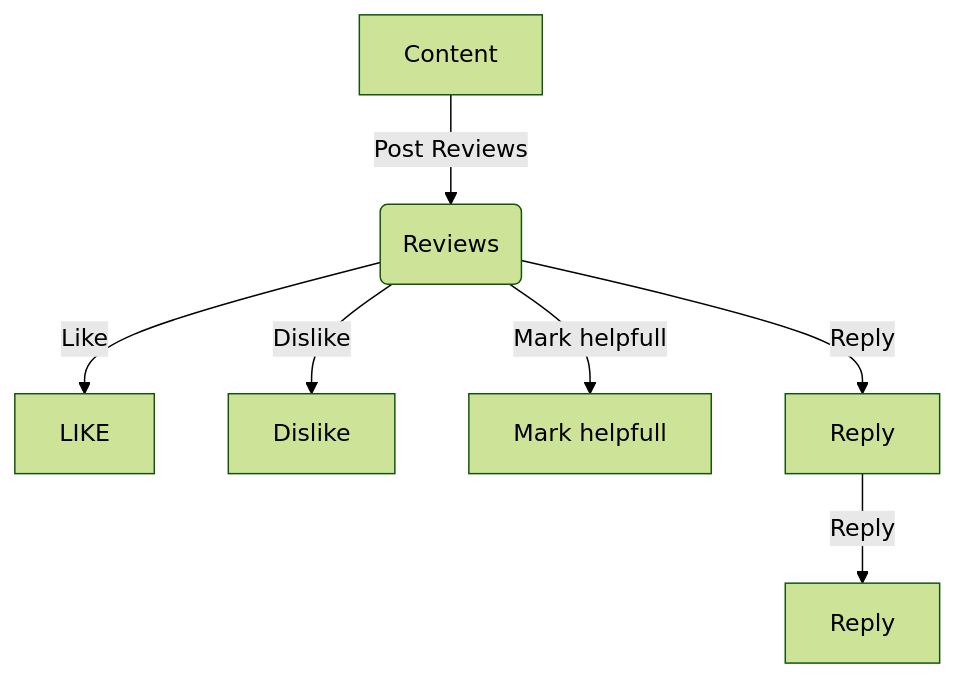
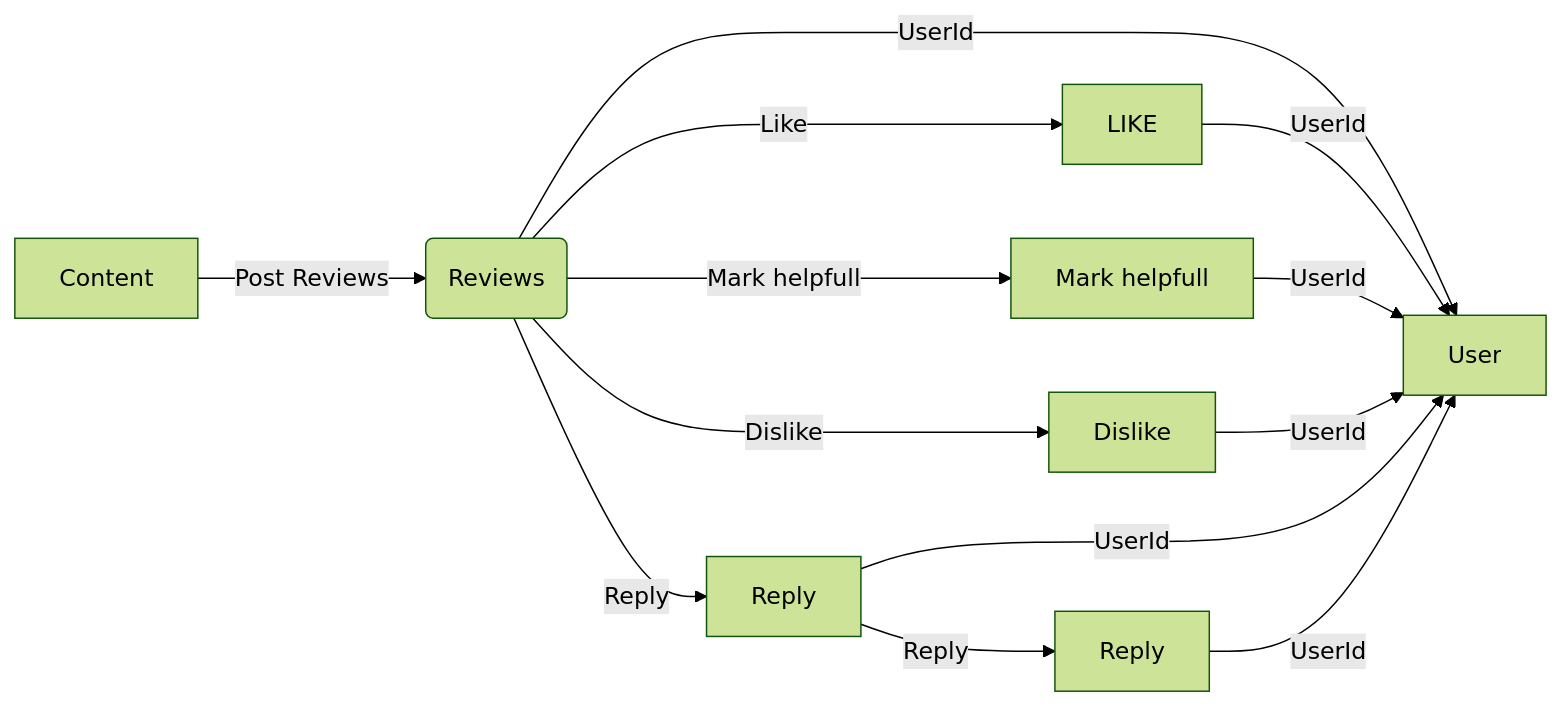
One commit to ravi-dhyani8881/Data-api changed the first of 3 diagrams in UseCase.md. Above: the diagram before and after it, drawn with Mermaid (forest theme). The commit also changed other lines of this file and 1 other file, not shown here.

````diff
--- a/UseCase.md
+++ b/UseCase.md
@@ -5,10 +5,16 @@
 ```mermaid
-flowchart TD
+flowchart LR
     A[Content] -->|Post Reviews| B(Reviews)
-    
     B-->|Like| D[LIKE]
     B -->|Dislike| E[Dislike]
     B -->|Mark helpfull| F[Mark helpfull]
     B -->|Reply| G[Reply]
     G -->|Reply| H[Reply]
+    B-->|UserId| U[User] 
+    D-->|UserId| U[User] 
+    F-->|UserId| U[User]
+    E-->|UserId| U[User]
+    G-->|UserId| U[User]
+    H-->|UserId| U[User]
+    
 ```
````
